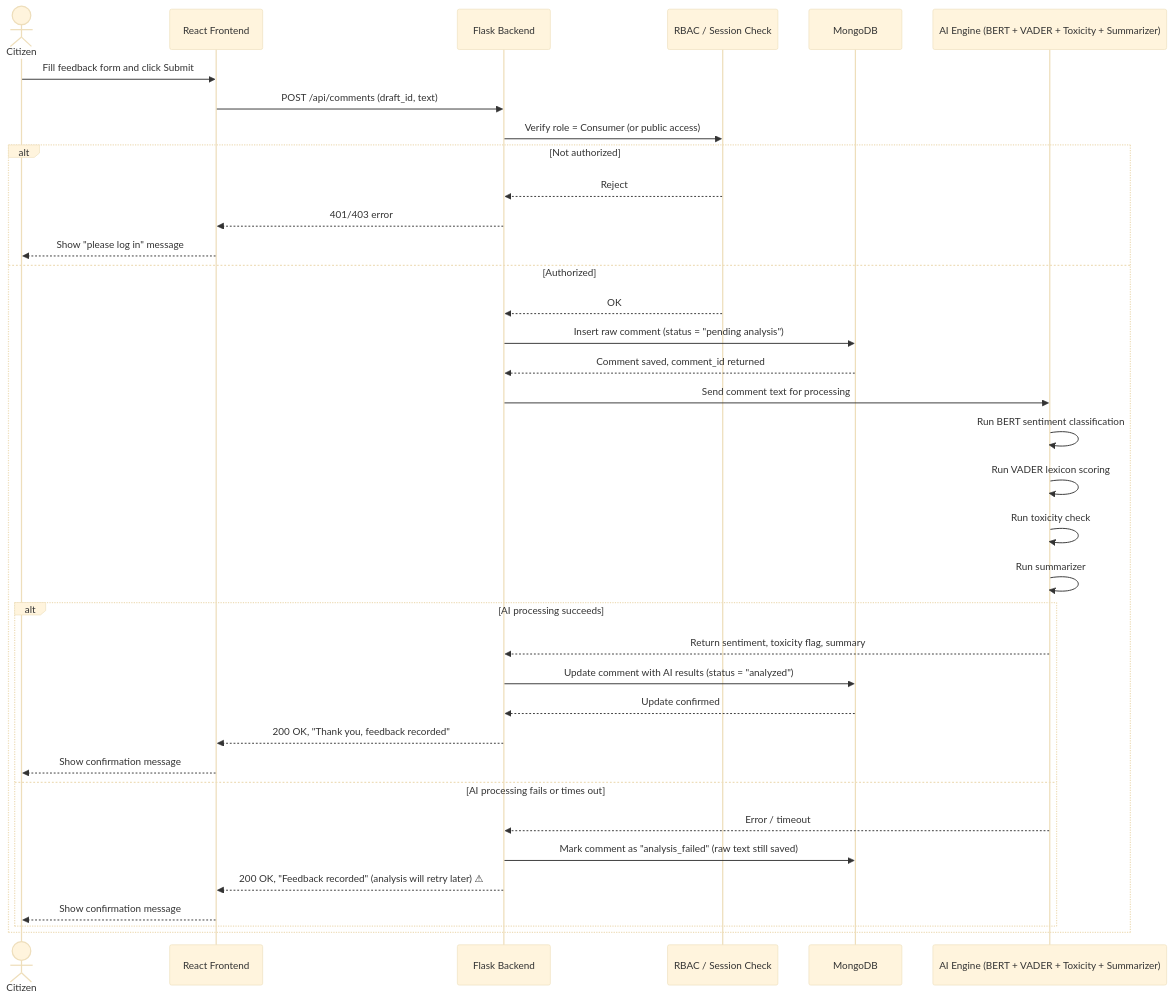
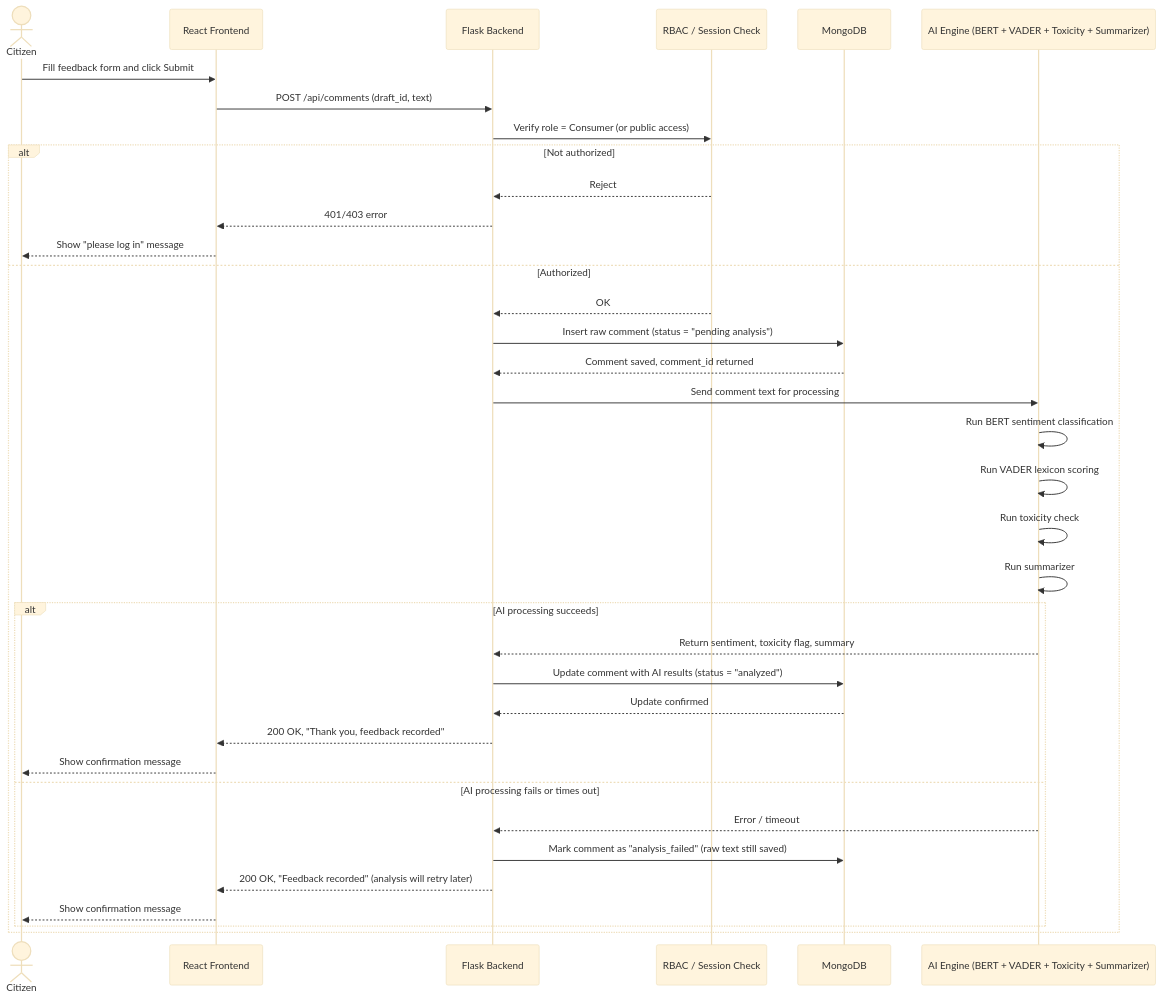
The ninth of 13 diagrams in README.md (shrav-jally/Cognizant_ACE_prep), drawn with Mermaid (base theme) before and after one commit. The commit also changed other lines of this file, not shown here.

````diff
--- a/README.md
+++ b/README.md
@@ -948,39 +1014,39 @@
 ```mermaid
 sequenceDiagram
     actor Citizen
     participant FE as React Frontend
     participant API as Flask Backend
     participant Auth as RBAC / Session Check
     participant DB as MongoDB
     participant AI as AI Engine (BERT + VADER + Toxicity + Summarizer)
 
     Citizen->>FE: Fill feedback form and click Submit
     FE->>API: POST /api/comments (draft_id, text)
     API->>Auth: Verify role = Consumer (or public access)
     alt Not authorized
         Auth-->>API: Reject
         API-->>FE: 401/403 error
         FE-->>Citizen: Show "please log in" message
     else Authorized
         Auth-->>API: OK
         API->>DB: Insert raw comment (status = "pending analysis")
         DB-->>API: Comment saved, comment_id returned
         API->>AI: Send comment text for processing
         AI->>AI: Run BERT sentiment classification
         AI->>AI: Run VADER lexicon scoring
         AI->>AI: Run toxicity check
         AI->>AI: Run summarizer
         alt AI processing succeeds
             AI-->>API: Return sentiment, toxicity flag, summary
             API->>DB: Update comment with AI results (status = "analyzed")
             DB-->>API: Update confirmed
             API-->>FE: 200 OK, "Thank you, feedback recorded"
             FE-->>Citizen: Show confirmation message
         else AI processing fails or times out
             AI-->>API: Error / timeout
             API->>DB: Mark comment as "analysis_failed" (raw text still saved)
-            API-->>FE: 200 OK, "Feedback recorded" (analysis will retry later) ⚠
+            API-->>FE: 200 OK, "Feedback recorded" (analysis will retry later)
             FE-->>Citizen: Show confirmation message
         end
     end
 ```
````
